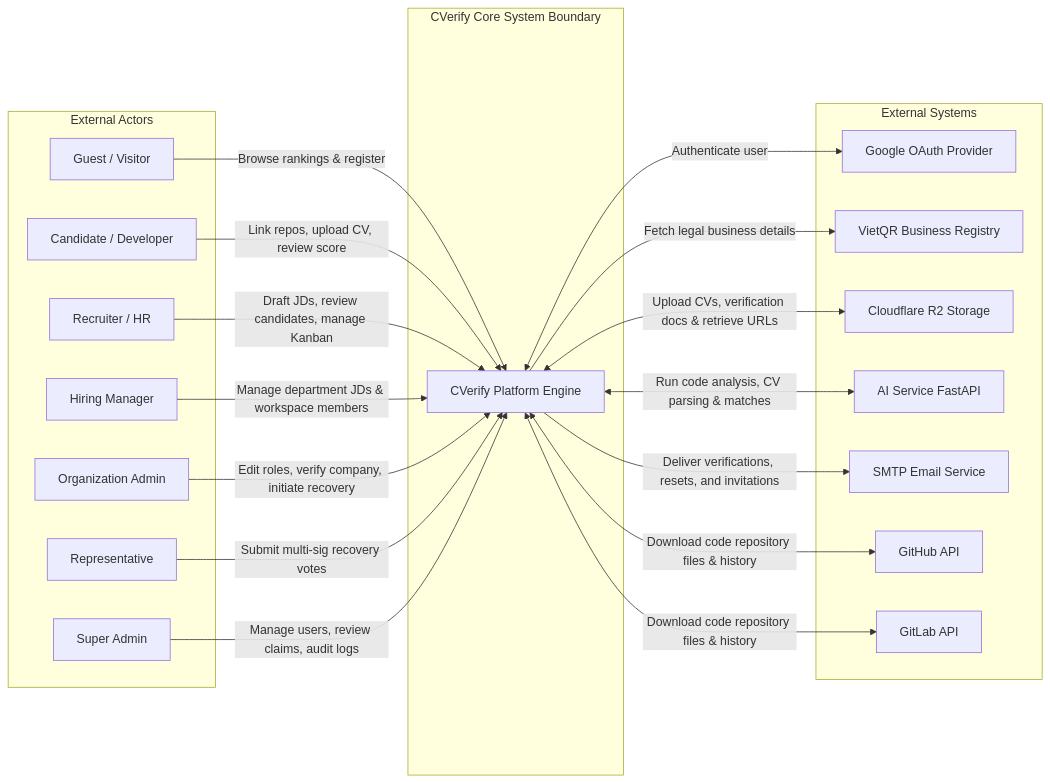
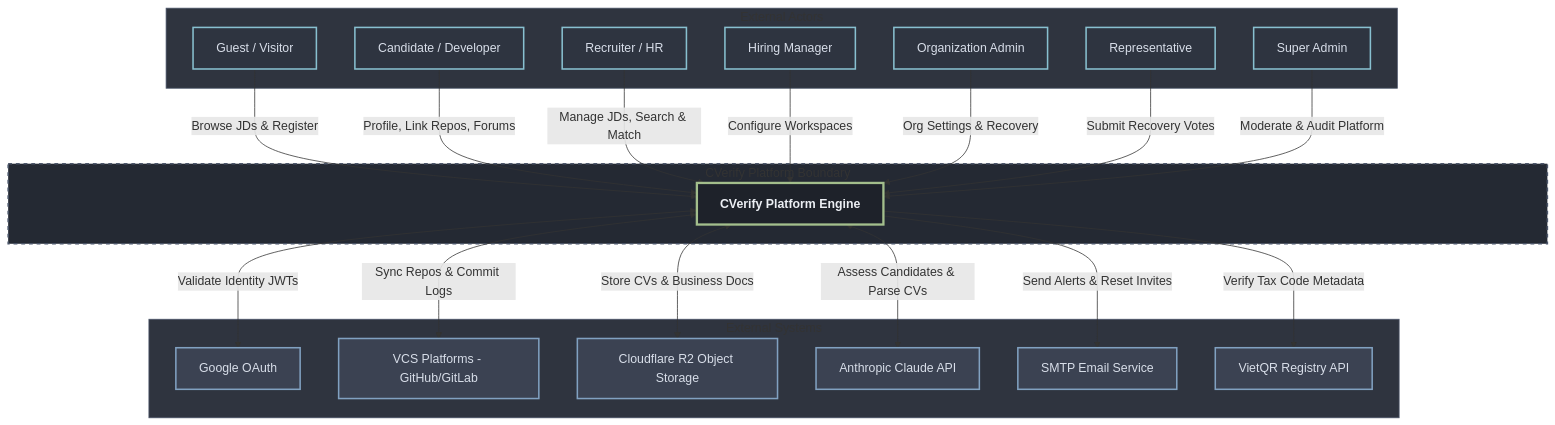
One commit to Kaivian/CVerify changed the diagram in docs/architecture/context-diagram.md. Above: the diagram before and after it, drawn with Mermaid. The commit also changed other lines of this file and 3 other files, not shown here.

First line of the commit message:
﻿docs(architecture): redesign system context diagram and document database ERD models

````diff
--- a/docs/architecture/context-diagram.md
+++ b/docs/architecture/context-diagram.md
@@ -111,45 +97,56 @@
 ```mermaid
-flowchart LR
-    %% Group boundaries for visual clarity in architecture boards
-    subgraph Users [External Actors]
+flowchart TB
+    %% Styling Classes
+    classDef actorStyle fill:#2e3440,stroke:#88c0d0,stroke-width:2px,color:#d8dee9;
+    classDef systemStyle fill:#3b4252,stroke:#81a1c1,stroke-width:2px,color:#d8dee9;
+    classDef coreStyle fill:#1e222a,stroke:#a3be8c,stroke-width:3px,color:#eceff4,font-weight:bold;
+
+    %% Subgraphs
+    subgraph Actors [External Actors]
         Guest[Guest / Visitor]
         Candidate[Candidate / Developer]
         Recruiter[Recruiter / HR]
         HM[Hiring Manager]
         OrgAdmin[Organization Admin]
         Rep[Representative]
         SysAdmin[Super Admin]
     end
 
-    subgraph Core [CVerify Core System Boundary]
+    subgraph Boundary [CVerify Platform Boundary]
         CVerify[CVerify Platform Engine]
     end
 
-    subgraph Integrations [External Systems]
-        Google[Google OAuth Provider]
-        VietQR[VietQR Business Registry]
-        R2[Cloudflare R2 Storage]
-        AIService[AI Service FastAPI]
+    subgraph External [External Systems]
+        Google[Google OAuth]
+        VCS[VCS Platforms - GitHub/GitLab]
+        R2[Cloudflare R2 Object Storage]
+        Claude[Anthropic Claude API]
         SMTP[SMTP Email Service]
-        GitHub[GitHub API]
-        GitLab[GitLab API]
+        VietQR[VietQR Registry API]
     end
 
-    %% Actor Interactions
-    Guest -->|Browse rankings & register| CVerify
-    Candidate -->|Link repos, upload CV, review score| CVerify
-    Recruiter -->|Draft JDs, review candidates, manage Kanban| CVerify
-    HM -->|Manage department JDs & workspace members| CVerify
-    OrgAdmin -->|Edit roles, verify company, initiate recovery| CVerify
-    Rep -->|Submit multi-sig recovery votes| CVerify
-    SysAdmin -->|Manage users, review claims, audit logs| CVerify
+    %% Apply Styles
+    class Guest,Candidate,Recruiter,HM,OrgAdmin,Rep,SysAdmin actorStyle;
+    class Google,VCS,R2,Claude,SMTP,VietQR systemStyle;
+    class CVerify coreStyle;
+    style Boundary fill:#242933,stroke:#4c566a,stroke-width:2px,stroke-dasharray: 5 5;
+    style Actors fill:#2f343f,stroke:#4c566a,stroke-width:1px;
+    style External fill:#2f343f,stroke:#4c566a,stroke-width:1px;
 
-    %% Core System to Integrations
-    CVerify <-->|Authenticate user | Google
-    CVerify -->|Fetch legal business details| VietQR
-    CVerify <-->|Upload CVs, verification docs & retrieve URLs| R2
-    CVerify <-->|Run code analysis, CV parsing & matches| AIService
-    CVerify -->|Deliver verifications, resets, and invitations| SMTP
-    CVerify <-->|Download code repository files & history| GitHub
-    CVerify <-->|Download code repository files & history| GitLab
+    %% Actor to Core Interactions
+    Guest -->|Browse JDs & Register| CVerify
+    Candidate -->|Profile, Link Repos, Forums| CVerify
+    Recruiter -->|Manage JDs, Search & Match| CVerify
+    HM -->|Configure Workspaces| CVerify
+    OrgAdmin -->|Org Settings & Recovery| CVerify
+    Rep -->|Submit Recovery Votes| CVerify
+    SysAdmin -->|Moderate & Audit Platform| CVerify
+
+    %% Core to External Systems
+    CVerify <-->|Validate Identity JWTs| Google
+    CVerify <-->|Sync Repos & Commit Logs| VCS
+    CVerify <-->|Store CVs & Business Docs| R2
+    CVerify <-->|Assess Candidates & Parse CVs| Claude
+    CVerify -->|Send Alerts & Reset Invites| SMTP
+    CVerify -->|Verify Tax Code Metadata| VietQR
 ```
````
